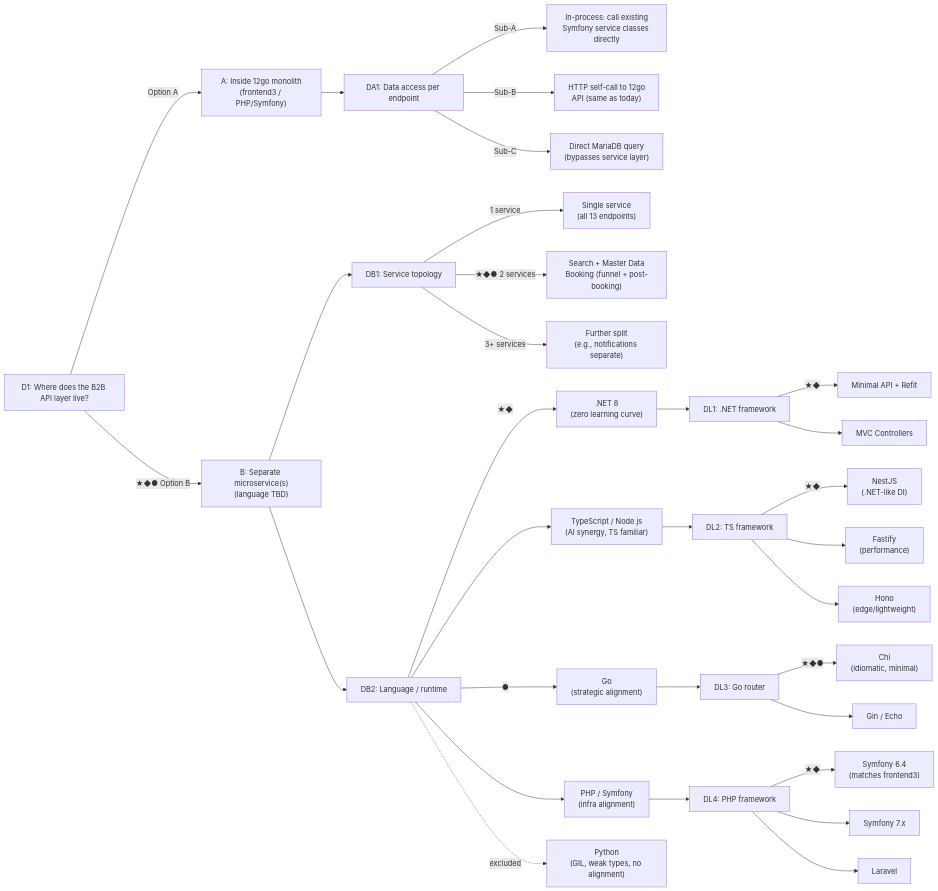
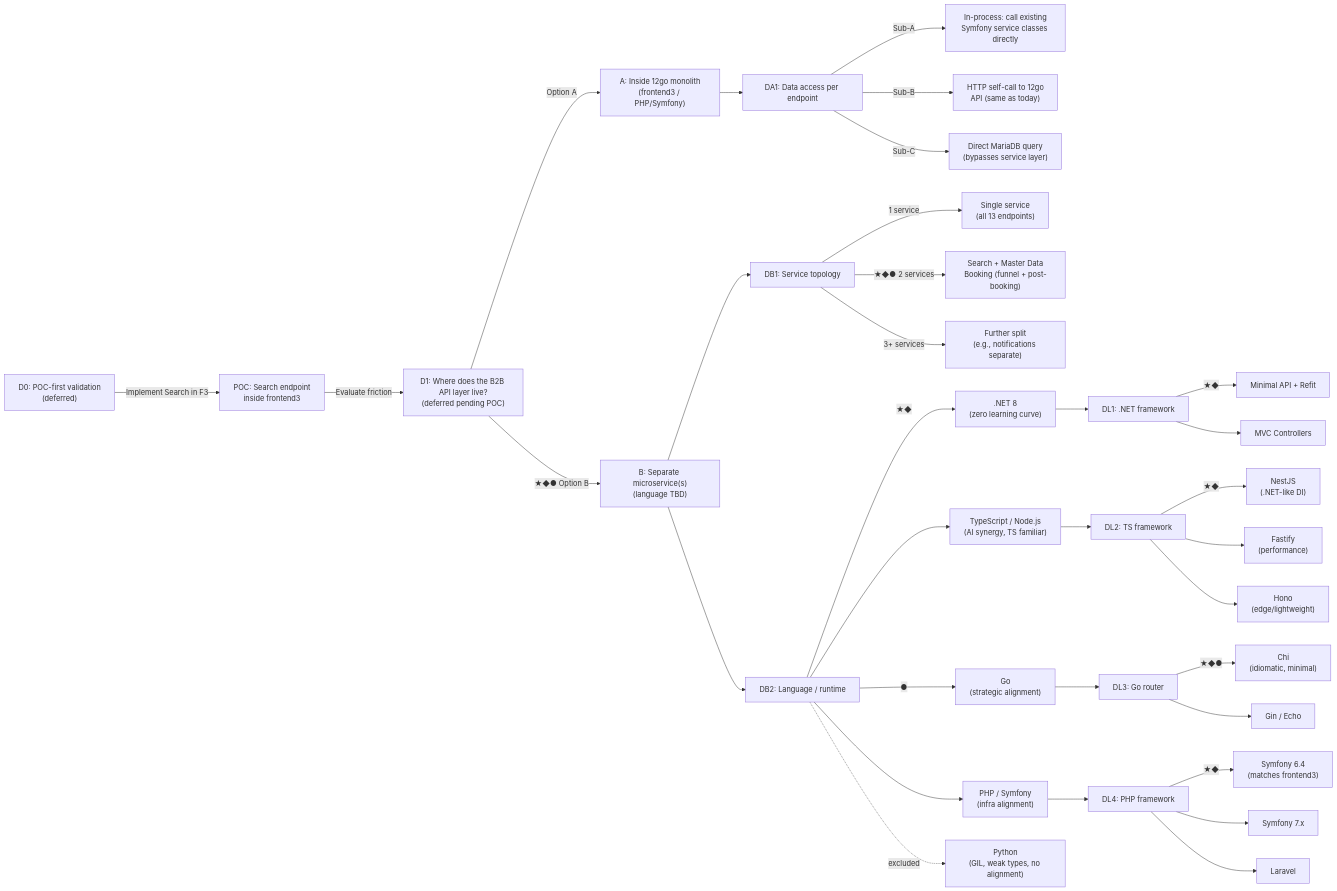
Before and after one commit to sosotravelier/tc-transition-to-12go: the first of 4 diagrams in design/decision-map.md, drawn with Mermaid. The commit also changed other lines of this file and 10 other files, not shown here.

````diff
--- a/design/decision-map.md
+++ b/design/decision-map.md
@@ -26,41 +32,45 @@
 ```mermaid
 flowchart LR
-    D1["D1: Where does the B2B API layer live?"]
+    D0["D0: POC-first validation\n(deferred)"]
+    D0 -->|"Implement Search in F3"| POC["POC: Search endpoint\ninside frontend3"]
+    POC -->|"Evaluate friction"| D1
+
+    D1["D1: Where does the B2B API layer live?\n(deferred pending POC)"]
     D1 -->|Option A| A["A: Inside 12go monolith\n(frontend3 / PHP/Symfony)"]
     D1 -->|★◆● Option B| B["B: Separate microservice(s)\n(language TBD)"]
 
     A --> DA1["DA1: Data access per endpoint"]
     DA1 -->|Sub-A| DA1a["In-process: call existing\nSymfony service classes directly"]
     DA1 -->|Sub-B| DA1b["HTTP self-call to 12go\nAPI (same as today)"]
     DA1 -->|Sub-C| DA1c["Direct MariaDB query\n(bypasses service layer)"]
 
     B --> DB1["DB1: Service topology"]
     DB1 -->|1 service| DB1a["Single service\n(all 13 endpoints)"]
     DB1 -->|★◆● 2 services| DB1b["Search + Master Data\nBooking (funnel + post-booking)"]
     DB1 -->|3+ services| DB1c["Further split\n(e.g., notifications separate)"]
 
     B --> DB2["DB2: Language / runtime"]
     DB2 -->|★◆| L1[".NET 8\n(zero learning curve)"]
     DB2 --> L2["TypeScript / Node.js\n(AI synergy, TS familiar)"]
     DB2 -->|●| L3["Go\n(strategic alignment)"]
     DB2 --> L4["PHP / Symfony\n(infra alignment)"]
     DB2 -.->|excluded| L5["Python\n(GIL, weak types, no alignment)"]
 
     L1 --> DL1["DL1: .NET framework"]
     DL1 -->|★◆| DL1a["Minimal API + Refit"]
     DL1 --> DL1b["MVC Controllers"]
 
     L2 --> DL2["DL2: TS framework"]
     DL2 -->|★◆| DL2a["NestJS\n(.NET-like DI)"]
     DL2 --> DL2b["Fastify\n(performance)"]
     DL2 --> DL2c["Hono\n(edge/lightweight)"]
 
     L3 --> DL3["DL3: Go router"]
     DL3 -->|★◆●| DL3a["Chi\n(idiomatic, minimal)"]
     DL3 --> DL3b["Gin / Echo"]
 
     L4 --> DL4["DL4: PHP framework"]
     DL4 -->|★◆| DL4a["Symfony 6.4\n(matches frontend3)"]
     DL4 --> DL4b["Symfony 7.x"]
     DL4 --> DL4c["Laravel"]
 ```
````
